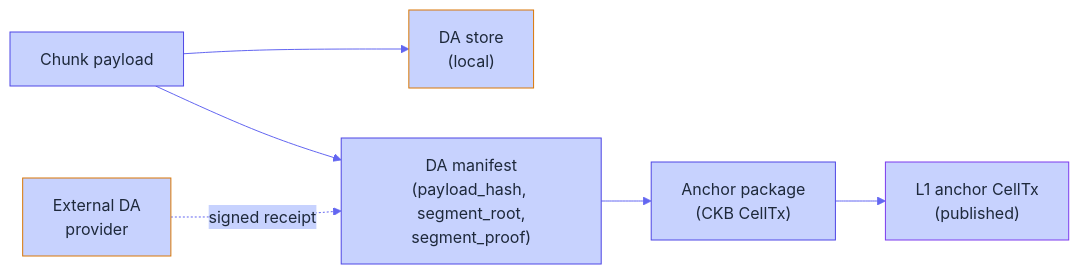
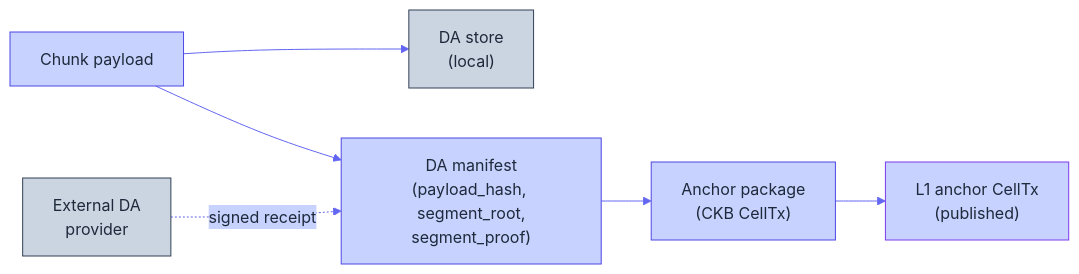
Before and after one commit to Myelin-Labs/Myelin: the third of 5 diagrams in docs/interactions/session-flow.md, drawn with Mermaid. The commit also changed 7 other files, not shown here.

````diff
--- a/docs/interactions/session-flow.md
+++ b/docs/interactions/session-flow.md
@@ -149,29 +149,29 @@
 ```mermaid
 %%{init: {
   "theme": "base",
   "themeVariables": {
     "primaryColor": "#A5B4FC",
     "primaryTextColor": "#1E293B",
     "primaryBorderColor": "#4F46E5",
     "lineColor": "#6366F1",
     "secondaryColor": "#C7D2FE",
     "tertiaryColor": "#C7D2FE"
   }
 }}%%
 flowchart LR
     A["Chunk payload"]:::l2
     B["DA manifest<br/>(payload_hash, segment_root,<br/>segment_proof)"]:::l2
     C["DA store<br/>(local)"]:::off
     D["External DA<br/>provider"]:::off
     E["Anchor package<br/>(CKB CellTx)"]:::l2
     F["L1 anchor CellTx<br/>(published)"]:::l1
 
     A --> C
     A --> B
     D -.->|signed receipt| B
     B --> E --> F
 
     classDef l2  fill:#C7D2FE,stroke:#4F46E5,color:#1E293B;
-    classDef off fill:#C7D2FE,stroke:#D97706,color:#1E293B;
+    classDef off fill:#CBD5E1,stroke:#334155,color:#1E293B;
     classDef l1  fill:#C7D2FE,stroke:#7C3AED,color:#1E293B;
 ```
````
